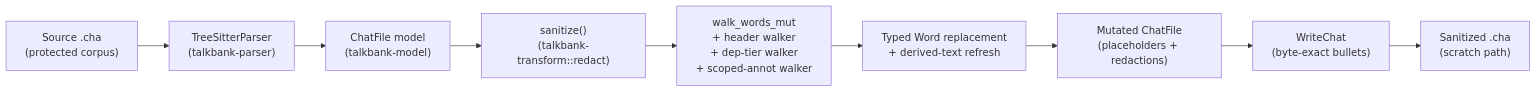
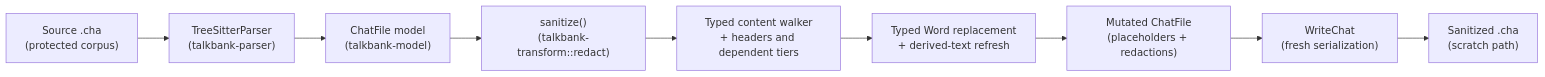
One commit to TalkBank/chatter changed the diagram in book/src/chatter/user-guide/sanitize.md. Above: the diagram before and after it, drawn with Mermaid. The commit also changed other lines of this file and 950 other files, not shown here.

````diff
--- a/book/src/chatter/user-guide/sanitize.md
+++ b/book/src/chatter/user-guide/sanitize.md
@@ -102,11 +124,11 @@
 ```mermaid
 flowchart LR
     Input["Source .cha\n(protected corpus)"] --> Parser["TreeSitterParser\n(talkbank-parser)"]
     Parser --> Model["ChatFile model\n(talkbank-model)"]
     Model --> Sanitize["sanitize()\n(talkbank-transform::redact)"]
-    Sanitize --> Walker["walk_words_mut\n+ header walker\n+ dep-tier walker\n+ scoped-annot walker"]
+    Sanitize --> Walker["Typed content walker\n+ headers and dependent tiers"]
     Walker --> WordMutation["Typed Word replacement\n+ derived-text refresh"]
     WordMutation --> Mutated["Mutated ChatFile\n(placeholders + redactions)"]
-    Mutated --> Writer["WriteChat\n(byte-exact bullets)"]
+    Mutated --> Writer["WriteChat\n(fresh serialization)"]
     Writer --> Output["Sanitized .cha\n(scratch path)"]
 ```
````
